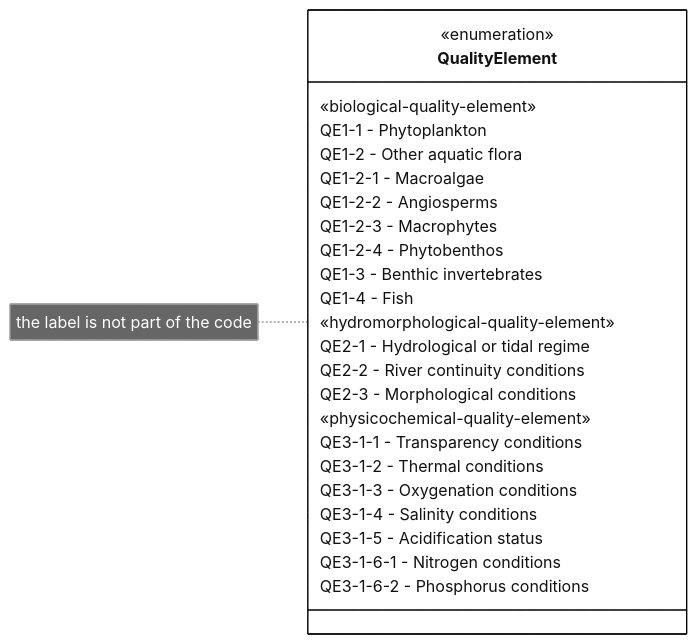
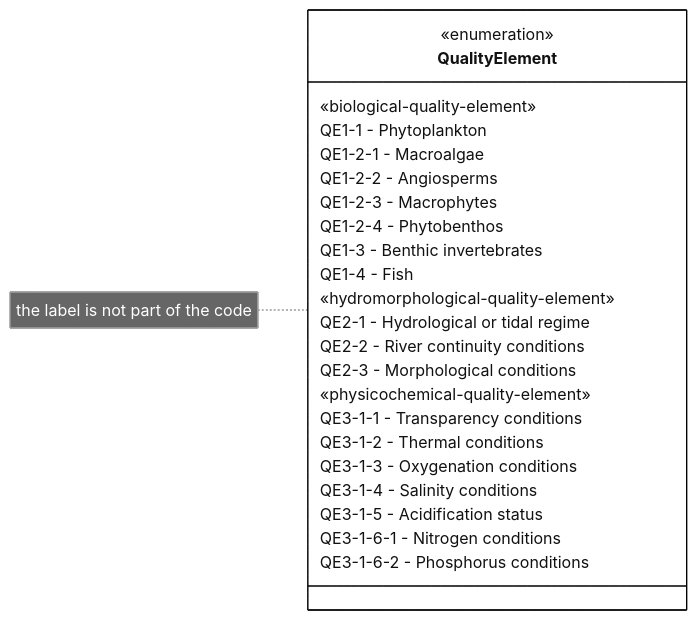
One commit to eeadata/WISE.WFD.Documentation changed the diagram in docs/DataModelReview/mmd/Codelist_4thCycle_QualityElement_ClassDiagram.mmd. Above: the diagram before and after it, drawn with Mermaid. The commit also changed 4 other files, not shown here.

```diff
--- a/docs/DataModelReview/mmd/Codelist_4thCycle_QualityElement_ClassDiagram.mmd
+++ b/docs/DataModelReview/mmd/Codelist_4thCycle_QualityElement_ClassDiagram.mmd
@@ -1,39 +1,38 @@
 ---
 config:
   class:
     hideEmptyMembersBox: true
   layout: dagre
   theme: neutral
 ---
 classDiagram
 direction LR
 
 class QualityElement{
 <<enumeration>>
 «biological-quality-element»
 QE1-1 - Phytoplankton
-QE1-2 - Other aquatic flora
 QE1-2-1 - Macroalgae
 QE1-2-2 - Angiosperms
 QE1-2-3 - Macrophytes
 QE1-2-4 - Phytobenthos
 QE1-3 - Benthic invertebrates
 QE1-4 - Fish
 «hydromorphological-quality-element»
 QE2-1 - Hydrological or tidal regime
 QE2-2 - River continuity conditions
 QE2-3 - Morphological conditions
 «physicochemical-quality-element»
 QE3-1-1 - Transparency conditions
 QE3-1-2 - Thermal conditions
 QE3-1-3 - Oxygenation conditions
 QE3-1-4 - Salinity conditions
 QE3-1-5 - Acidification status
 QE3-1-6-1 - Nitrogen conditions
 QE3-1-6-2 - Phosphorus conditions
 }
 
 note for QualityElement "the label is not part of the code"
 
 classDef default fill:white,stroke:#000;
 classDef forFixing fill:white,stroke:#f00;
```
